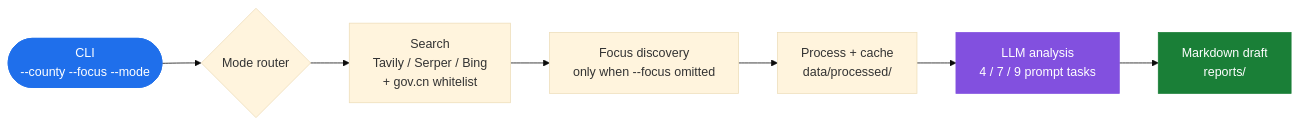
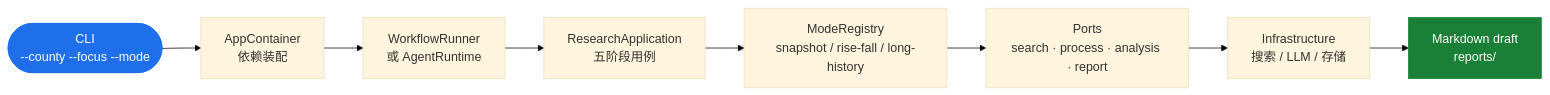
Before and after one commit to OrdoAbChao7/CountyResearchAI: the first of 2 diagrams in README.md, drawn with Mermaid (base theme). The commit also changed other lines of this file and 4 other files, not shown here.

Commit message:
docs: finalize research application architecture

````diff
--- a/README.md
+++ b/README.md
@@ -48,18 +48,18 @@
 ```mermaid
 flowchart LR
-    CLI(["CLI<br/>--county --focus --mode"]) --> MR{"Mode router"}
-
-    MR --> S["Search<br/>Tavily / Serper / Bing<br/>+ gov.cn whitelist"]
-    S --> D["Focus discovery<br/>only when --focus omitted"]
-    D --> P["Process + cache<br/>data/processed/"]
-    P --> L["LLM analysis<br/>4 / 7 / 9 prompt tasks"]
-    L --> R["Markdown draft<br/>reports/"]
+    CLI(["CLI<br/>--county --focus --mode"]) --> C["AppContainer<br/>依赖装配"]
+    C --> W["WorkflowRunner<br/>或 AgentRuntime"]
+    W --> A["ResearchApplication<br/>五阶段用例"]
+    A --> M["ModeRegistry<br/>snapshot / rise-fall / long-history"]
+    M --> P["Ports<br/>search · process · analysis · report"]
+    P --> I["Infrastructure<br/>搜索 / LLM / 存储"]
+    I --> R["Markdown draft<br/>reports/"]
 
     classDef io fill:#1F6FEB,stroke:#1F6FEB,color:#fff
     classDef llm fill:#8250DF,stroke:#8250DF,color:#fff
     classDef out fill:#1A7F37,stroke:#1A7F37,color:#fff
 
     class CLI io
     class L llm
     class R out
 ```
````
